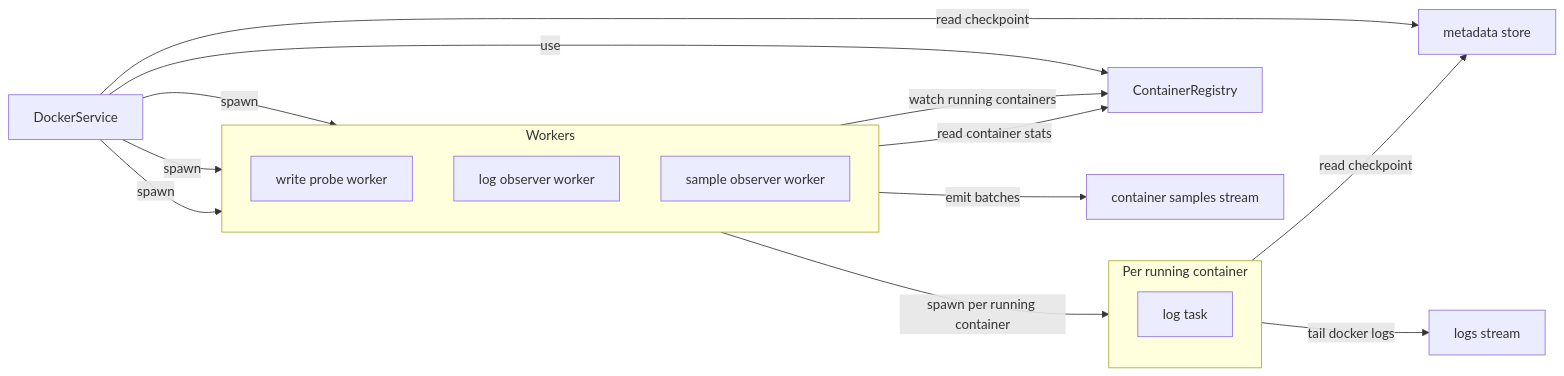
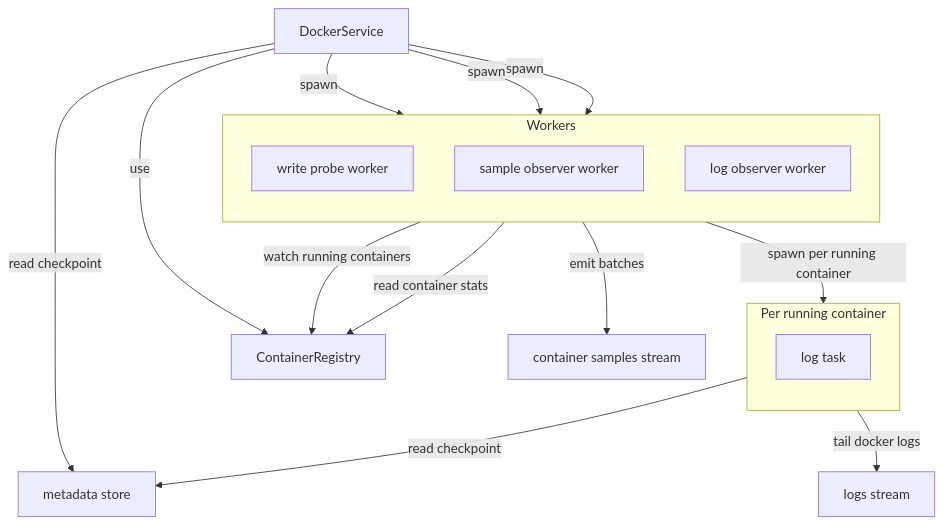
Before and after one commit to skvostik/vpsiner: the second of 4 diagrams in docs/ARCHITECTURE.md, drawn with Mermaid. The commit also changed other lines of this file, not shown here.

````diff
--- a/docs/ARCHITECTURE.md
+++ b/docs/ARCHITECTURE.md
@@ -86,36 +85,36 @@
 ```mermaid
-flowchart LR
+flowchart TB
     Docker[DockerService]
     Registry[ContainerRegistry]
     Metadata[metadata store]
     LogsOut[logs stream]
     SamplesOut[container samples stream]
 
     subgraph Bg[Workers]
         direction TB
         Probe[write probe worker]
+        SampleObs[sample observer worker]
         Observe[log observer worker]
-        SampleObs[sample observer worker]
     end
 
     subgraph PerContainer[Per running container]
         direction TB
         LogTask[log task]
     end
 
     Docker -->|use| Registry
     Docker -->|read checkpoint| Metadata
 
     Docker -->|spawn| Probe
     Docker -->|spawn| Observe
     Docker -->|spawn| SampleObs
 
     Observe -->|watch running containers| Registry
     Observe -->|spawn per running container| LogTask
 
     LogTask -->|read checkpoint| Metadata
     LogTask -->|tail docker logs| LogsOut
 
     SampleObs -->|read container stats| Registry
     SampleObs -->|emit batches| SamplesOut
 ```
````
